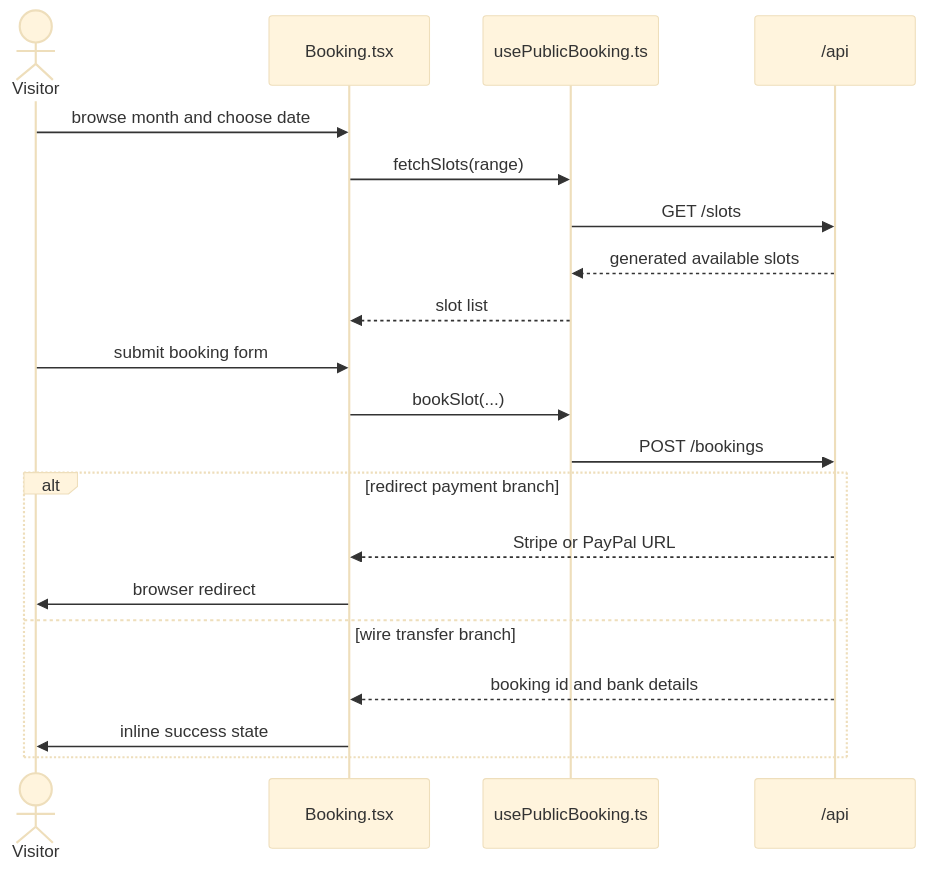
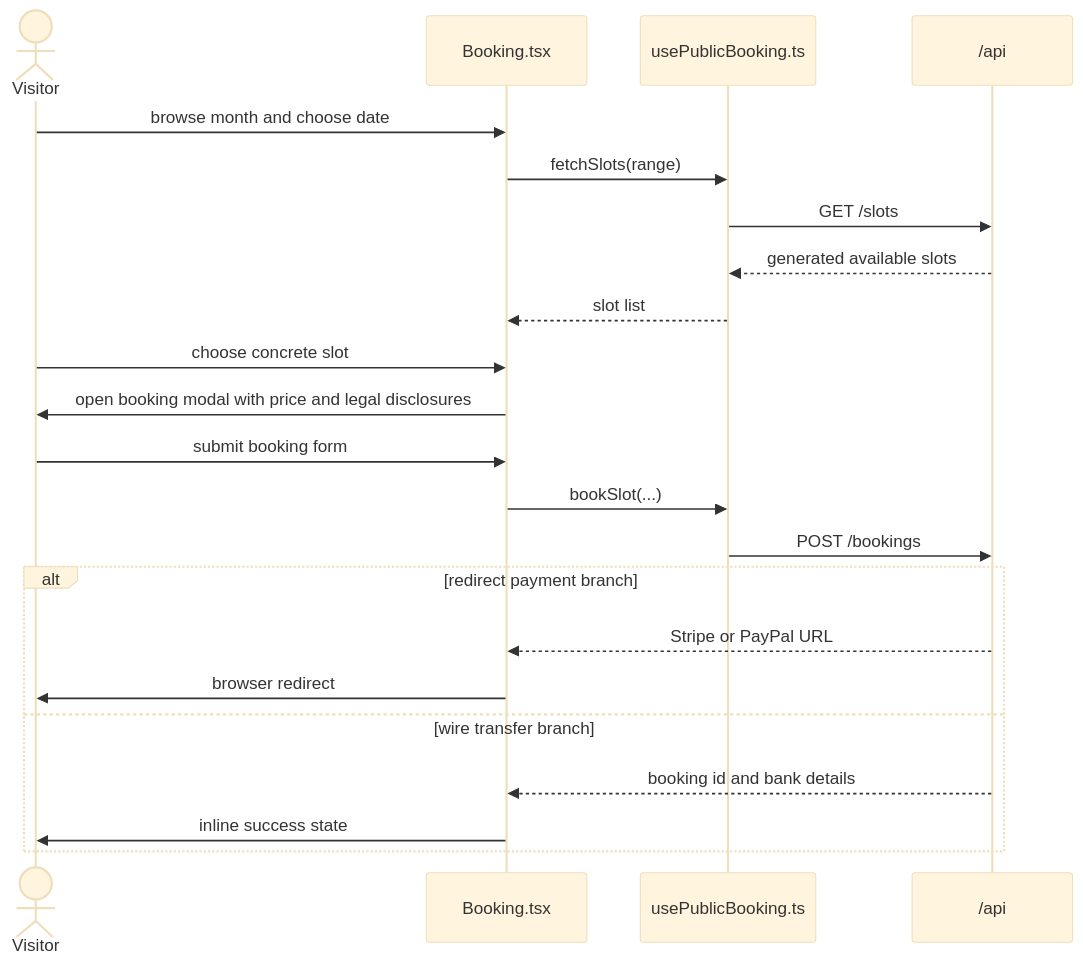
The second of 2 diagrams in src/DESIGN.md (hurrtz/mut-taucher), drawn with Mermaid (base theme) before and after one commit. The commit also changed other lines of this file and 11 other files, not shown here.

````diff
--- a/src/DESIGN.md
+++ b/src/DESIGN.md
@@ -22,25 +22,27 @@
 ```mermaid
 sequenceDiagram
   actor Visitor
   participant Booking as Booking.tsx
   participant Hook as usePublicBooking.ts
   participant API as /api
 
   Visitor->>Booking: browse month and choose date
   Booking->>Hook: fetchSlots(range)
   Hook->>API: GET /slots
   API-->>Hook: generated available slots
   Hook-->>Booking: slot list
 
+  Visitor->>Booking: choose concrete slot
+  Booking->>Visitor: open booking modal with price and legal disclosures
   Visitor->>Booking: submit booking form
   Booking->>Hook: bookSlot(...)
   Hook->>API: POST /bookings
 
   alt redirect payment branch
     API-->>Booking: Stripe or PayPal URL
     Booking->>Visitor: browser redirect
   else wire transfer branch
     API-->>Booking: booking id and bank details
     Booking->>Visitor: inline success state
   end
 ```
````
